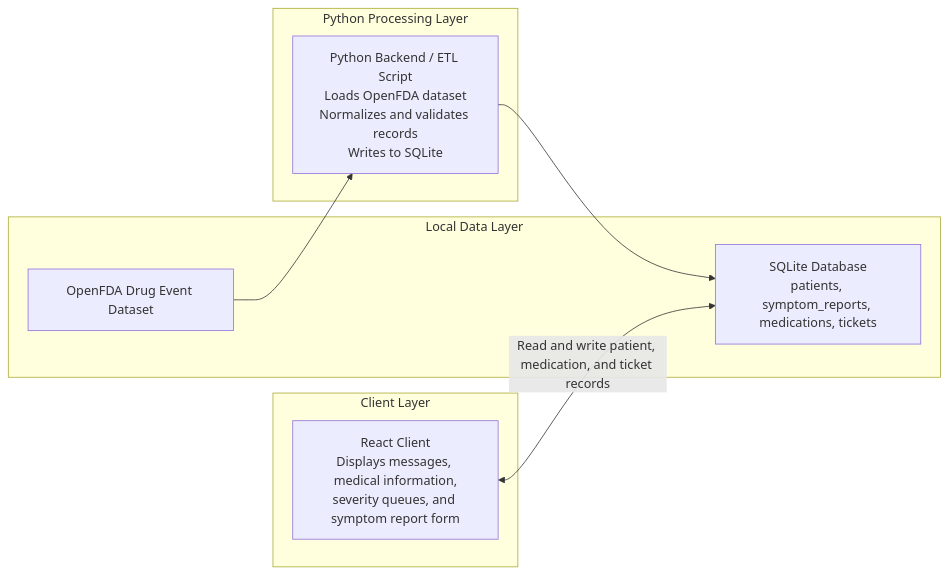
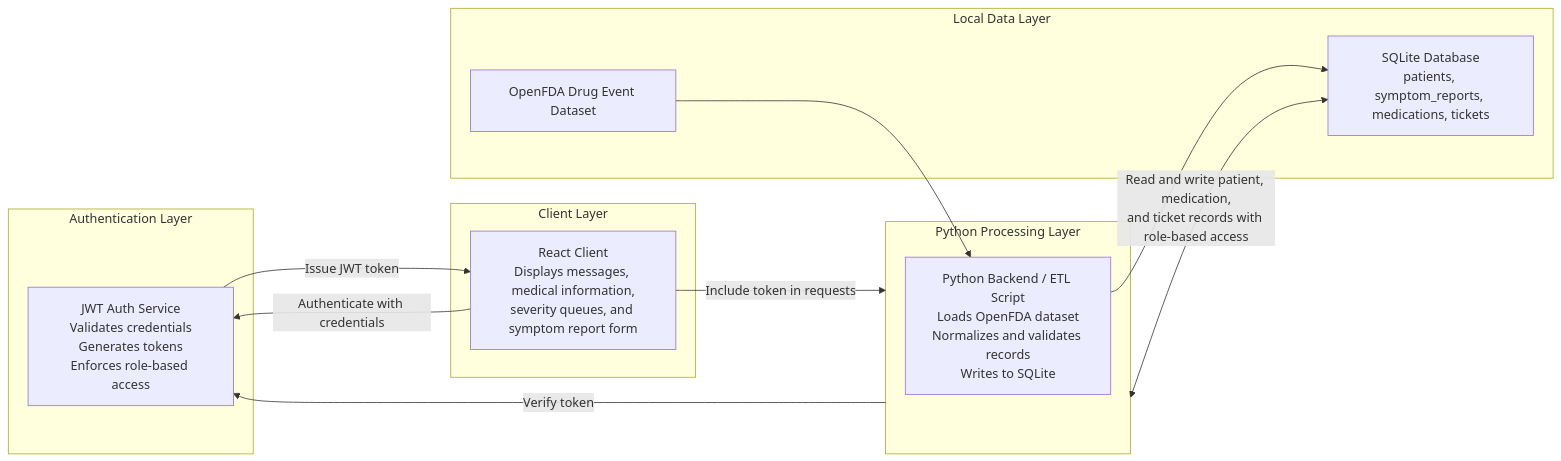
One commit to bodonnell-DePaul/csc394-5 changed the diagram in week3-api-documentation/02-architecture.md. Above: the diagram before and after it, drawn with Mermaid. The commit also changed other lines of this file, not shown here.

Commit message:
Add authentication layer to architecture diagram and update component descriptions

````diff
--- a/week3-api-documentation/02-architecture.md
+++ b/week3-api-documentation/02-architecture.md
@@ -5,19 +5,27 @@
 ```mermaid
 flowchart LR
+    subgraph Auth["Authentication Layer"]
+        AuthService["JWT Auth Service<br/>Validates credentials<br/>Generates tokens<br/>Enforces role-based access"]
+    end
+
     subgraph Client["Client Layer"]
         UI["React Client<br/>Displays messages, medical information,<br/>severity queues, and symptom report form"]
     end
 
     subgraph Backend["Python Processing Layer"]
         PY["Python Backend / ETL Script<br/>Loads OpenFDA dataset<br/>Normalizes and validates records<br/>Writes to SQLite"]
     end
 
     subgraph Data["Local Data Layer"]
         Dataset["OpenFDA Drug Event Dataset"]
         SQLite["SQLite Database<br/>patients, symptom_reports, medications, tickets"]
     end
 
+    UI -->|"Authenticate with credentials"| AuthService
+    AuthService -->|"Issue JWT token"| UI
+    UI -->|"Include token in requests"| Backend
+    Backend -->|"Verify token"| AuthService
     Dataset --> PY
     PY --> SQLite
-    UI <-->|"Read and write patient, medication, and ticket records"| SQLite
+    Backend <-->|"Read and write patient, medication,<br/>and ticket records with role-based access"| SQLite
 ```
````
